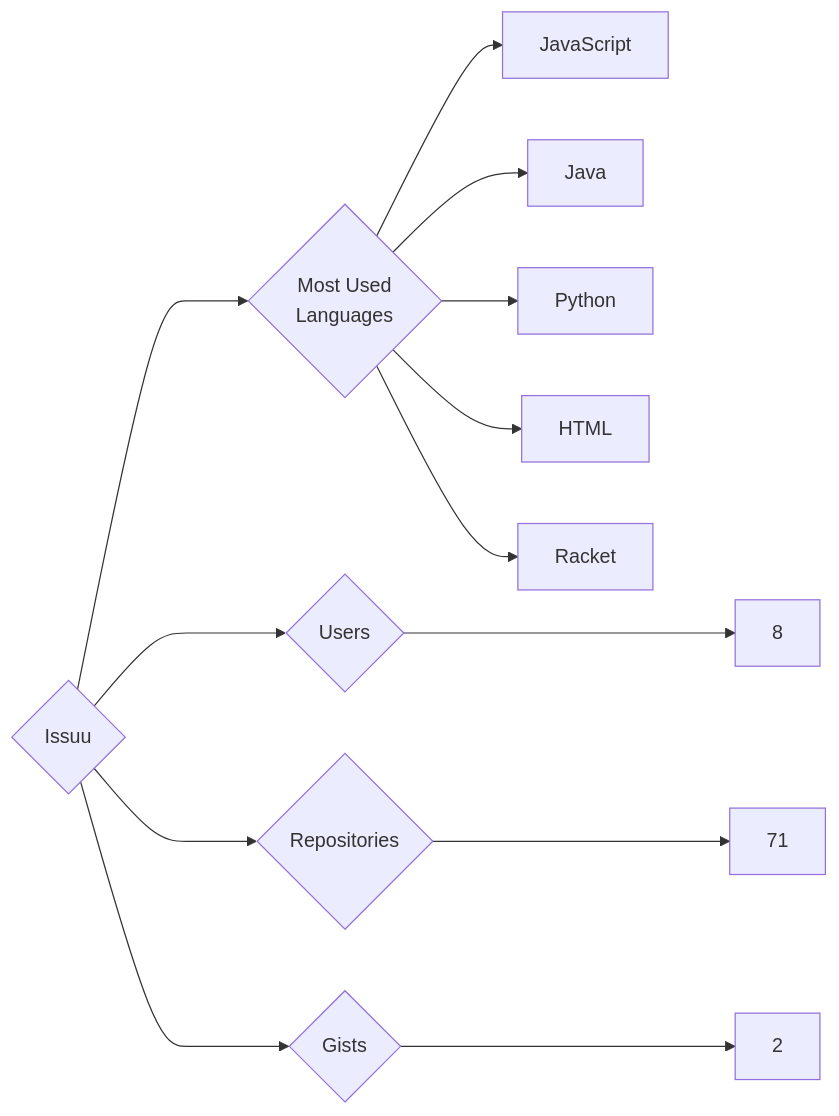
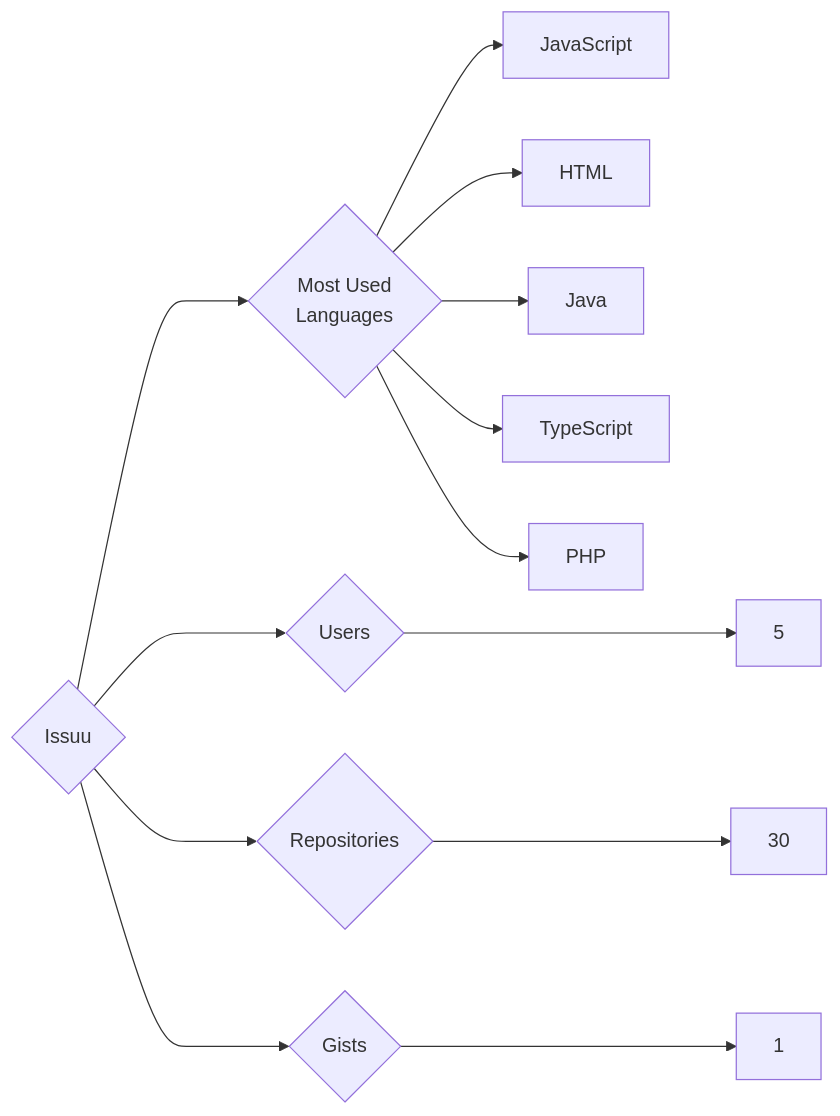
The diagram in targets/Issuu/README.md (trickest/insiders), drawn with Mermaid before and after one commit. The commit also changed 934 other files, not shown here.

````diff
--- a/targets/Issuu/README.md
+++ b/targets/Issuu/README.md
@@ -3,13 +3,13 @@
 ```mermaid
 graph LR
 COMPANY_NAME{Issuu}
-COMPANY_NAME ---> U{Users} ---> UN[8]
-COMPANY_NAME ---> R{Repositories} ---> RN[71]
-COMPANY_NAME ---> G{Gists} ---> GN[2]
+COMPANY_NAME ---> U{Users} ---> UN[5]
+COMPANY_NAME ---> R{Repositories} ---> RN[30]
+COMPANY_NAME ---> G{Gists} ---> GN[1]
 COMPANY_NAME ---> ML{Most Used<br>Languages}
 ML --> JavaScript[JavaScript]
+ML --> HTML[HTML]
 ML --> Java[Java]
-ML --> Python[Python]
-ML --> HTML[HTML]
-ML --> Racket[Racket]
+ML --> TypeScript[TypeScript]
+ML --> PHP[PHP]
 ```
````
